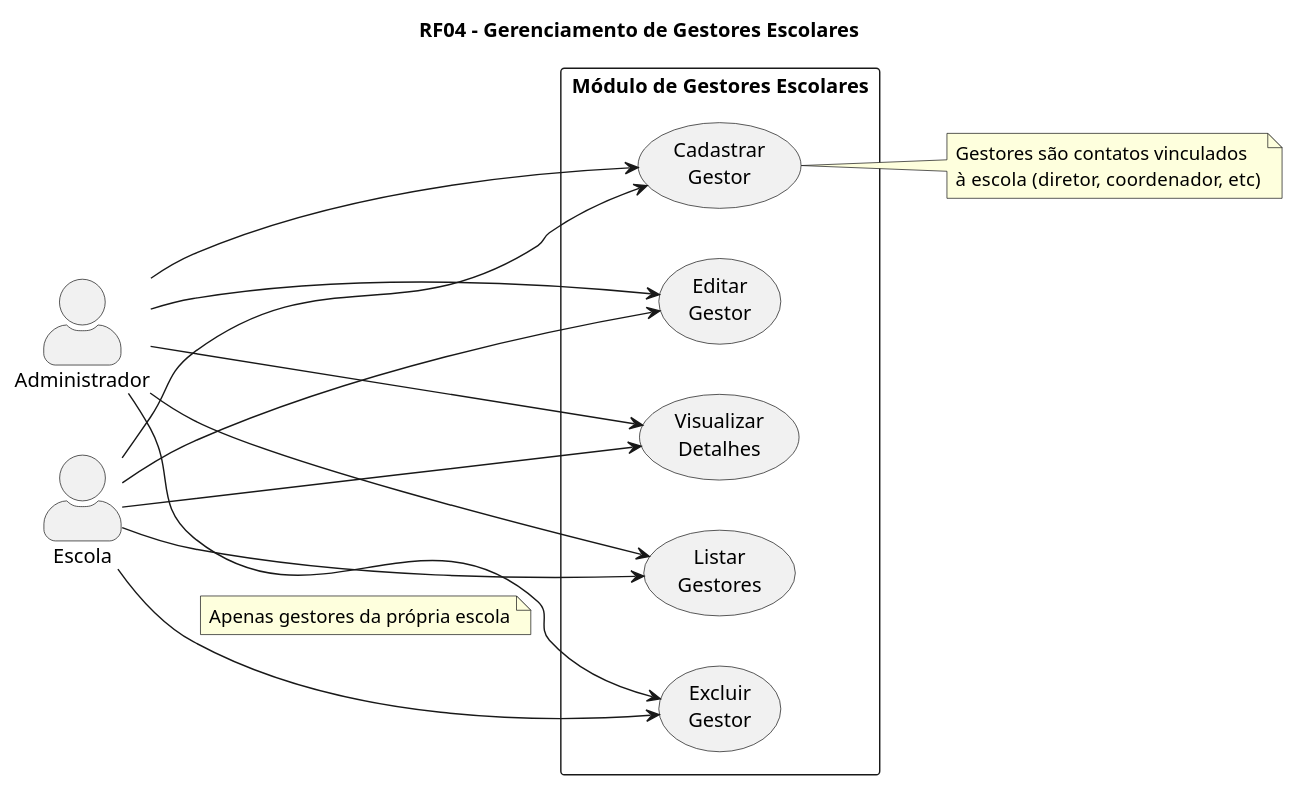
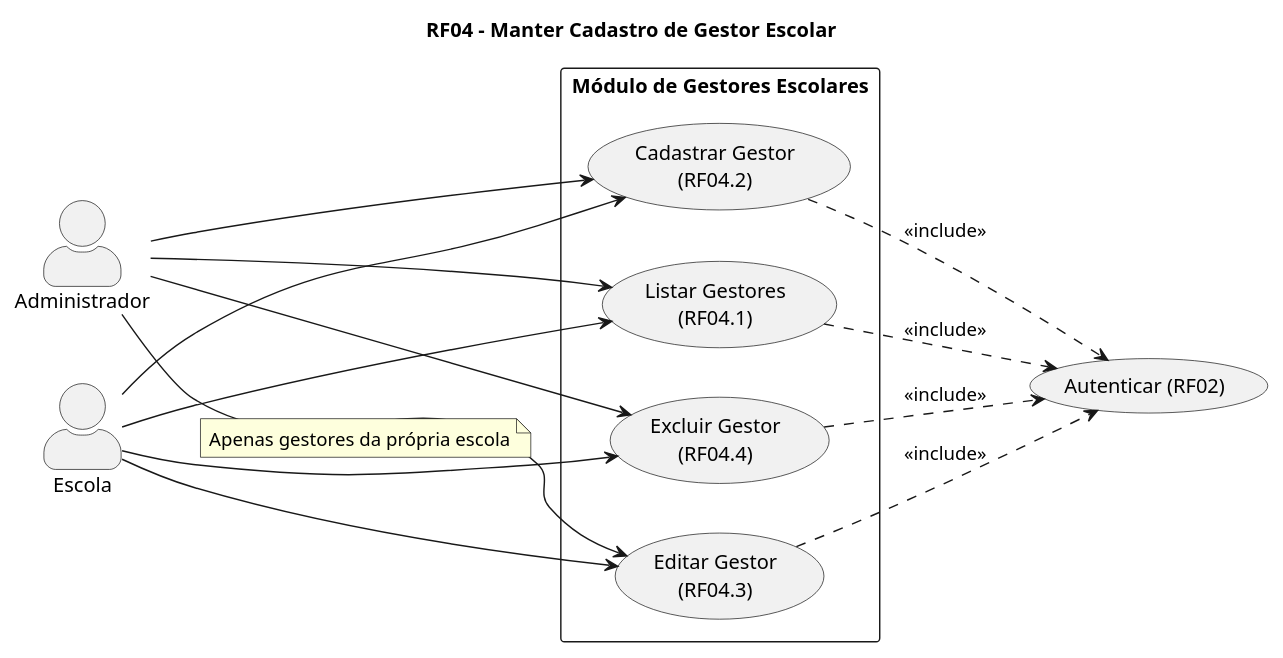
One commit to murs77r/conecta-uniforme changed the diagram in diagrams/modulo-gestores.puml. Above: the diagram before and after it, drawn with PlantUML. The commit also changed 11 other files, not shown here.

```diff
--- a/diagrams/modulo-gestores.puml
+++ b/diagrams/modulo-gestores.puml
@@ -1,44 +1,40 @@
 @startuml
-' RF04 - Gerenciamento de Gestores Escolares
+' RF04 - Manter Cadastro de Gestor Escolar
 
 left to right direction
-
 skinparam actorStyle awesome
-
-title RF04 - Gerenciamento de Gestores Escolares
+title RF04 - Manter Cadastro de Gestor Escolar
 
 actor Administrador
-
 actor Escola
 
+usecase "Autenticar (RF02)" as RF02
+
 rectangle "Módulo de Gestores Escolares" {
-    usecase "Cadastrar\nGestor" as UC04_1
-    usecase "Listar\nGestores" as UC04_2
-    usecase "Visualizar\nDetalhes" as UC04_3
-    usecase "Editar\nGestor" as UC04_4
-    usecase "Excluir\nGestor" as UC04_5
+    usecase "Listar Gestores\n(RF04.1)" as UC04_1
+    usecase "Cadastrar Gestor\n(RF04.2)" as UC04_2
+    usecase "Editar Gestor\n(RF04.3)" as UC04_3
+    usecase "Excluir Gestor\n(RF04.4)" as UC04_4
 }
 
 ' Administrador - controle total
 Administrador --> UC04_1
 Administrador --> UC04_2
 Administrador --> UC04_3
 Administrador --> UC04_4
-Administrador --> UC04_5
 
 ' Escola - gerencia gestores próprios
 Escola --> UC04_1
 Escola --> UC04_2
 Escola --> UC04_3
 Escola --> UC04_4
-Escola --> UC04_5
 note on link
   Apenas gestores da própria escola
 end note
 
-note right of UC04_1
-  Gestores são contatos vinculados
-  à escola (diretor, coordenador, etc)
-end note
-
+' Dependência de Autenticação (RF02)
+UC04_1 ..> RF02 : <<include>>
+UC04_2 ..> RF02 : <<include>>
+UC04_3 ..> RF02 : <<include>>
+UC04_4 ..> RF02 : <<include>>
 @enduml
```
